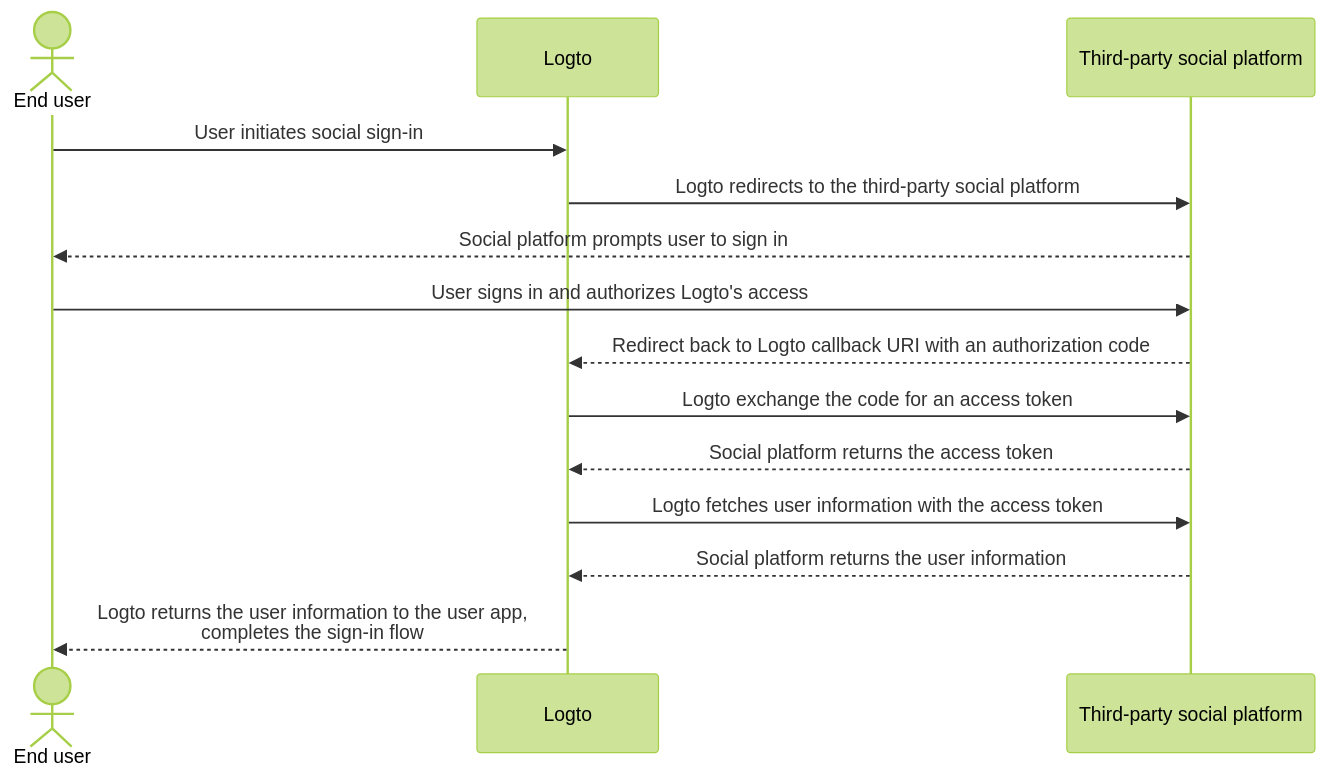
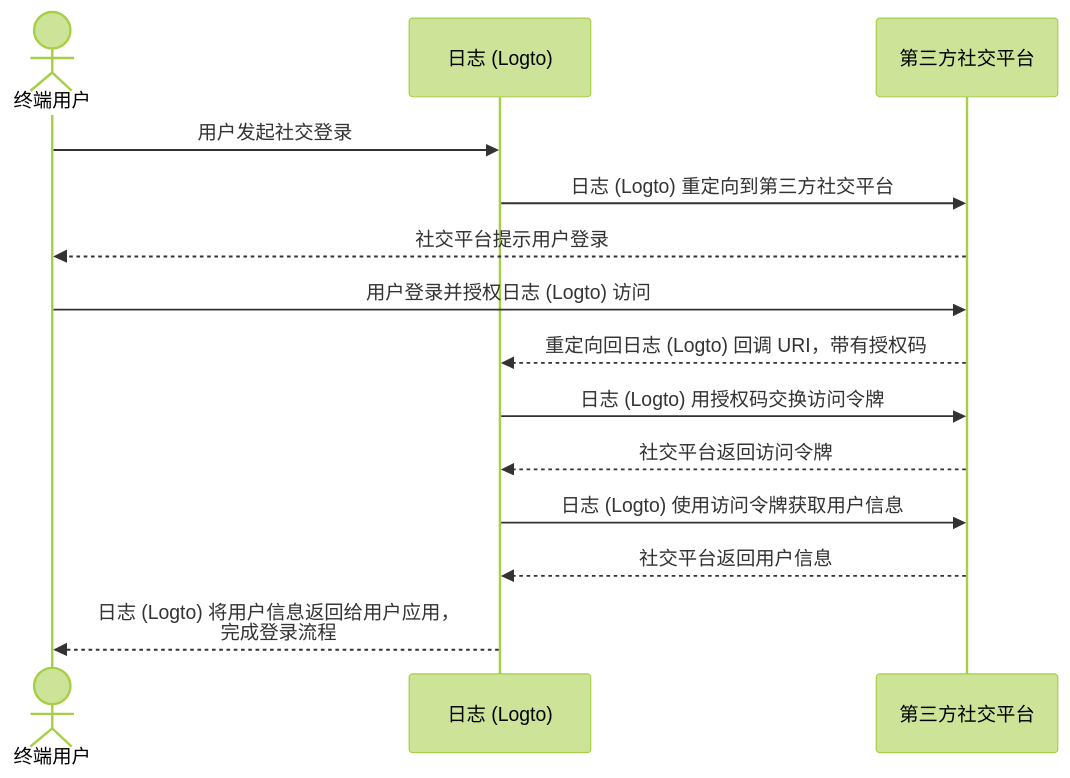
Before and after one commit to logto-io/docs: the diagram in i18n/zh-CN/docusaurus-plugin-content-docs/current/logto-oss/develop-your-connector/implement-connectors.mdx, drawn with Mermaid (forest theme). The commit also changed other lines of this file and 449 other files, not shown here.

````diff
--- a/i18n/zh-CN/docusaurus-plugin-content-docs/current/logto-oss/develop-your-connector/implement-connectors.mdx
+++ b/i18n/zh-CN/docusaurus-plugin-content-docs/current/logto-oss/develop-your-connector/implement-connectors.mdx
@@ -28,17 +28,17 @@
 ```mermaid
 sequenceDiagram
-	actor user as End user
-	participant logto as Logto
-	participant platform as Third-party social platform
+	actor user as 终端用户
+	participant logto as 日志 (Logto)
+	participant platform as 第三方社交平台
 
-	user ->> logto: User initiates social sign-in
-	logto ->> platform: Logto redirects to the third-party social platform
-	platform -->> user: Social platform prompts user to sign in
-	user ->> platform: User signs in and authorizes Logto's access
-	platform -->> logto: Redirect back to Logto callback URI with an authorization code
-	logto ->> platform: Logto exchange the code for an access token
-	platform -->> logto: Social platform returns the access token
-	logto ->> platform: Logto fetches user information with the access token
-	platform -->> logto: Social platform returns the user information
-	logto -->> user: Logto returns the user information to the user app, <br> completes the sign-in flow
+	user ->> logto: 用户发起社交登录
+	logto ->> platform: 日志 (Logto) 重定向到第三方社交平台
+	platform -->> user: 社交平台提示用户登录
+	user ->> platform: 用户登录并授权日志 (Logto) 访问
+	platform -->> logto: 重定向回日志 (Logto) 回调 URI，带有授权码
+	logto ->> platform: 日志 (Logto) 用授权码交换访问令牌
+	platform -->> logto: 社交平台返回访问令牌
+	logto ->> platform: 日志 (Logto) 使用访问令牌获取用户信息
+	platform -->> logto: 社交平台返回用户信息
+	logto -->> user: 日志 (Logto) 将用户信息返回给用户应用，<br>完成登录流程
 ```
````
